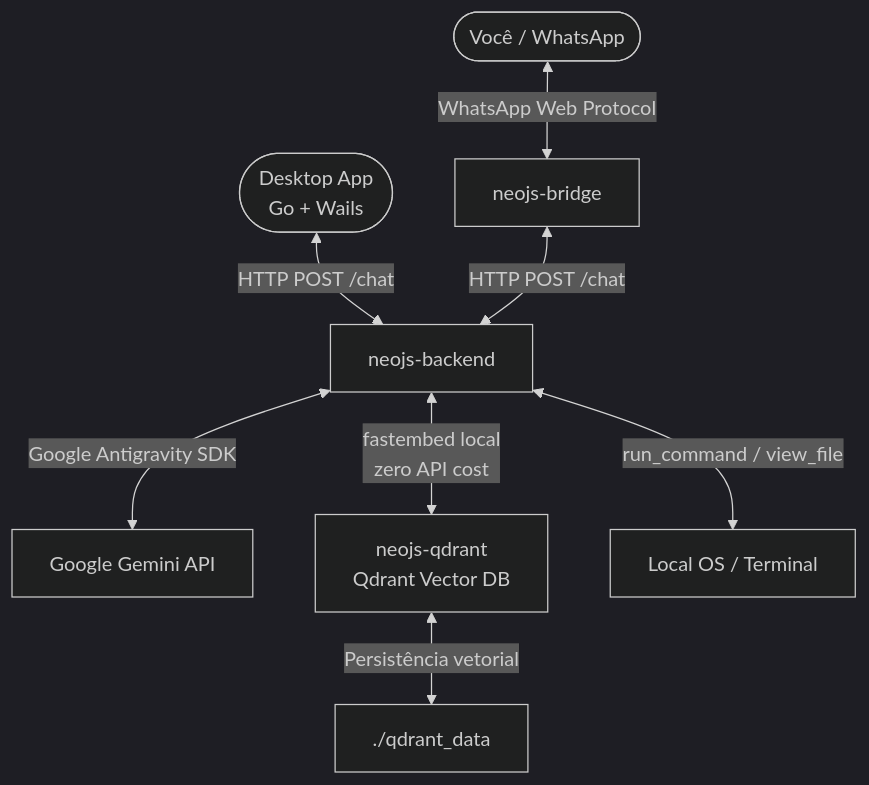
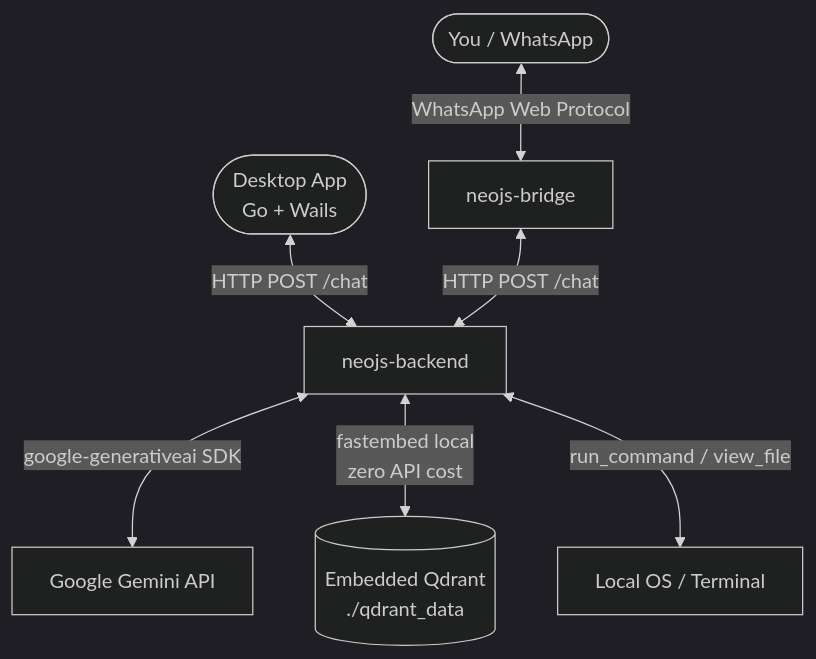
The diagram in README.md (marcellopato/neo-js), drawn with Mermaid (dark theme) before and after one commit. The commit also changed other lines of this file and 15 other files, not shown here.

````diff
--- a/README.md
+++ b/README.md
@@ -42,10 +46,9 @@
 ```mermaid
 graph TD
-    User([Você / WhatsApp]) <-->|WhatsApp Web Protocol| Bridge[neojs-bridge]
-    Daemon([Desktop App\nGo + Wails]) <-->|HTTP POST /chat| Backend[neojs-backend]
+    User([You / WhatsApp]) <-->|WhatsApp Web Protocol| Bridge[neojs-bridge]
+    Daemon([Desktop App<br/>Go + Wails]) <-->|HTTP POST /chat| Backend[neojs-backend]
     Bridge <-->|HTTP POST /chat| Backend
-    Backend <-->|Google Antigravity SDK| GeminiAPI[Google Gemini API]
-    Backend <-->|fastembed local\nzero API cost| Qdrant[neojs-qdrant\nQdrant Vector DB]
+    Backend <-->|google-generativeai SDK| GeminiAPI[Google Gemini API]
+    Backend <-->|fastembed local<br/>zero API cost| Qdrant[(Embedded Qdrant<br/>./qdrant_data)]
     Backend <-->|run_command / view_file| OS[Local OS / Terminal]
-    Qdrant <-->|Persistência vetorial| Volume[./qdrant_data]
 ```
````
